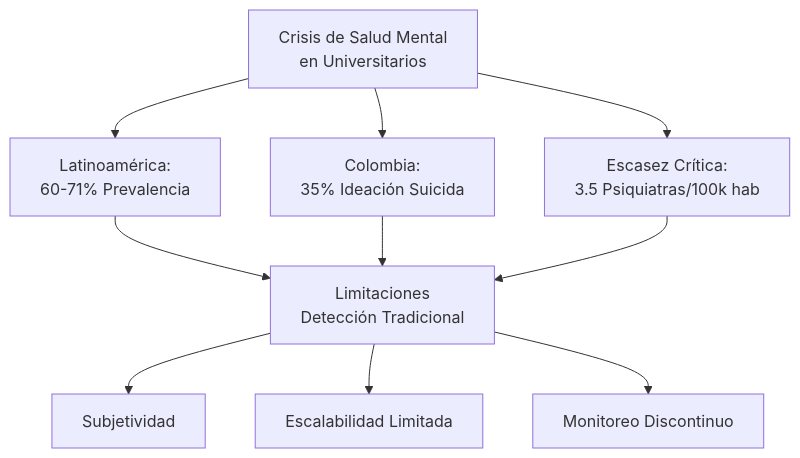
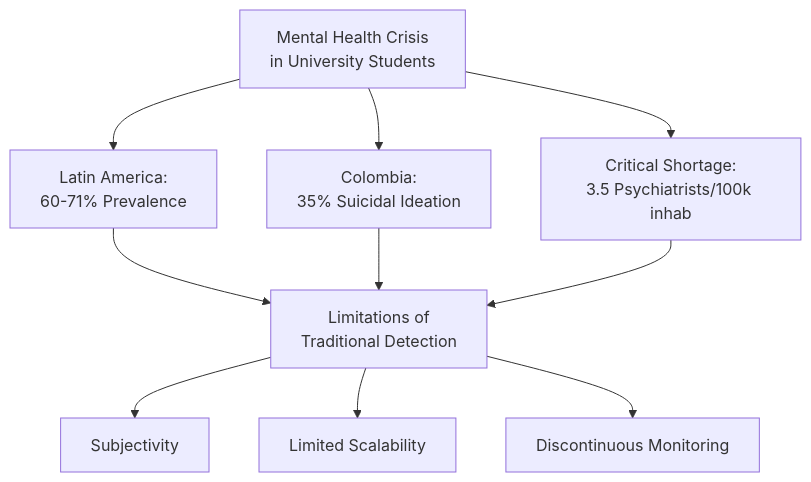
One commit to VerbaNexAI/verbanexai.github.io changed the first of 7 diagrams in _projects/2_project.md. Above: the diagram before and after it, drawn with Mermaid. The commit also changed other lines of this file, not shown here.

````diff
--- a/_projects/2_project.md
+++ b/_projects/2_project.md
@@ -19,14 +19,14 @@
 ```mermaid
 graph TD
-    A[Crisis de Salud Mental<br>en Universitarios] --> B[Latinoamérica:<br>60-71% Prevalencia]
-    A --> C[Colombia:<br>35% Ideación Suicida]
-    A --> D[Escasez Crítica:<br>3.5 Psiquiatras/100k hab]
+    A[Mental Health Crisis<br>in University Students] --> B[Latin America:<br>60-71% Prevalence]
+    A --> C[Colombia:<br>35% Suicidal Ideation]
+    A --> D[Critical Shortage:<br>3.5 Psychiatrists/100k inhab]
     
-    B --> E[Limitaciones<br>Detección Tradicional]
+    B --> E[Limitations of<br>Traditional Detection]
     C --> E
     D --> E
     
-    E --> F[Subjetividad]
-    E --> G[Escalabilidad Limitada]
-    E --> H[Monitoreo Discontinuo]
+    E --> F[Subjectivity]
+    E --> G[Limited Scalability]
+    E --> H[Discontinuous Monitoring]
 ```
````
